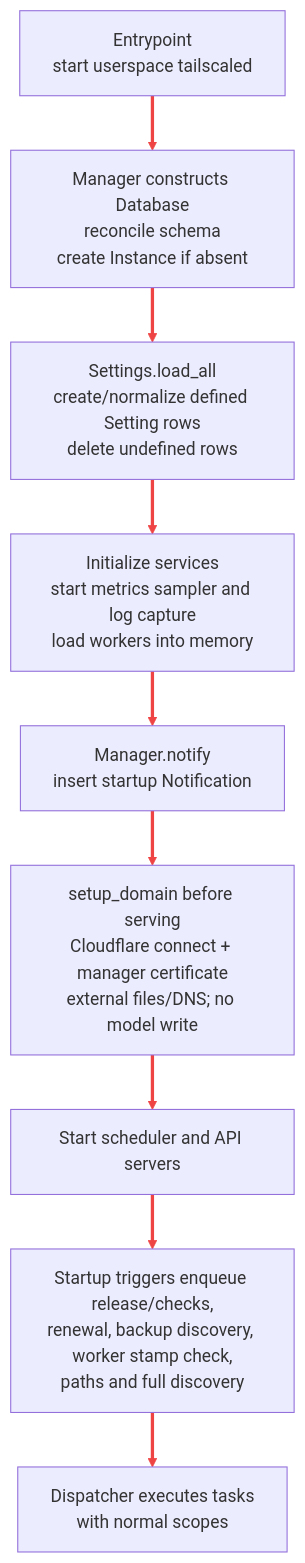
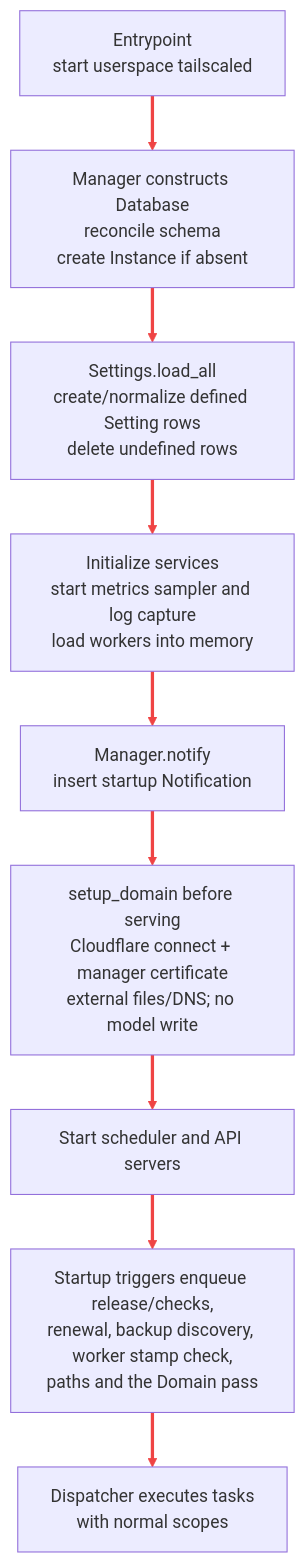
The fourth of 4 diagrams in docs/operations.md (v31-dev/sage), drawn with Mermaid before and after one commit. The commit also changed other lines of this file and 11 other files, not shown here.

````diff
--- a/docs/operations.md
+++ b/docs/operations.md
@@ -328,16 +328,16 @@
 ```mermaid
 %%{init: {"themeVariables": {"lineColor": "#ef4444"}, "themeCSS": ".marker { overflow: visible; } .arrowMarkerPath { stroke-width: 2px !important; } .edge-pattern-dotted { stroke-dasharray: 8 6 !important; }"}}%%
 flowchart TB
     entry["Entrypoint<br/>start userspace tailscaled"]
     database["Manager constructs Database<br/>reconcile schema<br/>create Instance if absent"]
     settings["Settings.load_all<br/>create/normalize defined Setting rows<br/>delete undefined rows"]
     services["Initialize services<br/>start metrics sampler and log capture<br/>load workers into memory"]
     notice["Manager.notify<br/>insert startup Notification"]
     bootstrap["setup_domain before serving<br/>Cloudflare connect + manager certificate<br/>external files/DNS; no model write"]
     serve["Start scheduler and API servers"]
-    enqueue["Startup triggers enqueue release/checks,<br/>renewal, backup discovery, worker stamp check,<br/>paths and full discovery"]
+    enqueue["Startup triggers enqueue release/checks,<br/>renewal, backup discovery, worker stamp check,<br/>paths and the Domain pass"]
     run["Dispatcher executes tasks<br/>with normal scopes"]
 
     entry --> database --> settings --> services --> notice --> bootstrap --> serve --> enqueue --> run
     linkStyle default stroke:#ef4444,stroke-width:3px
 ```
````
